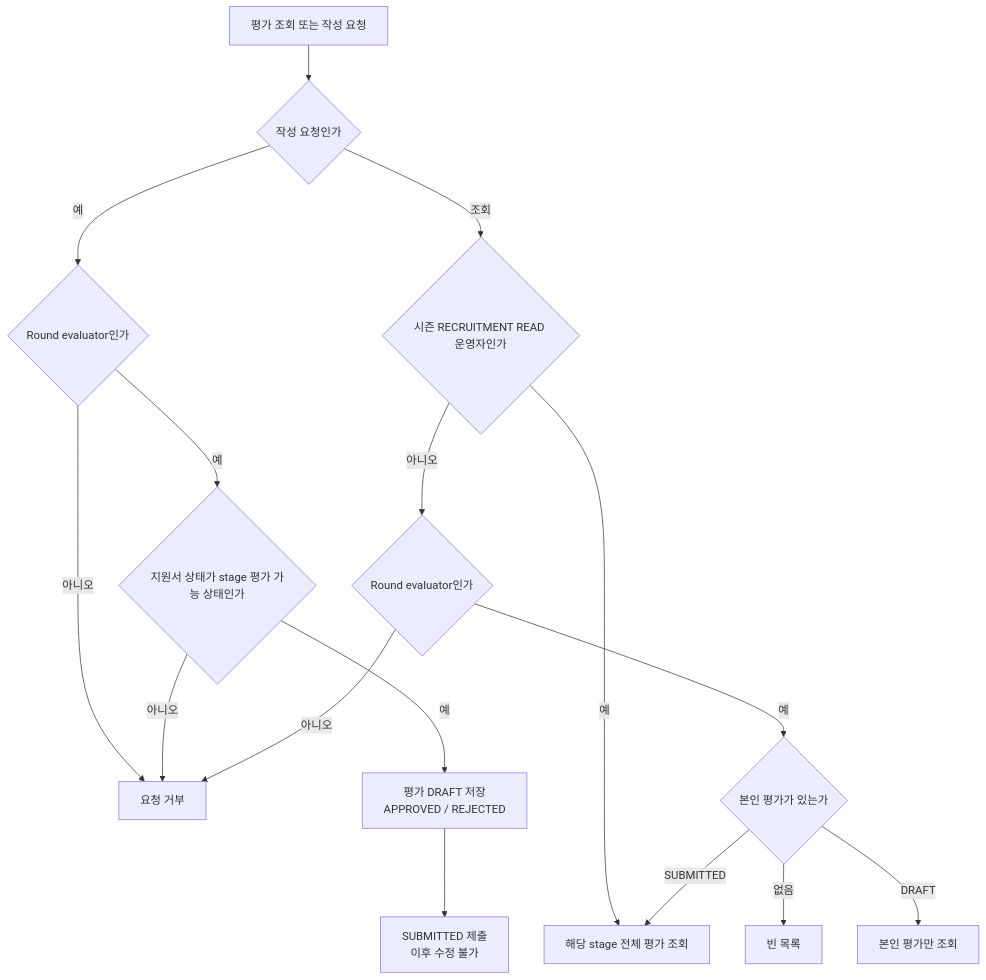
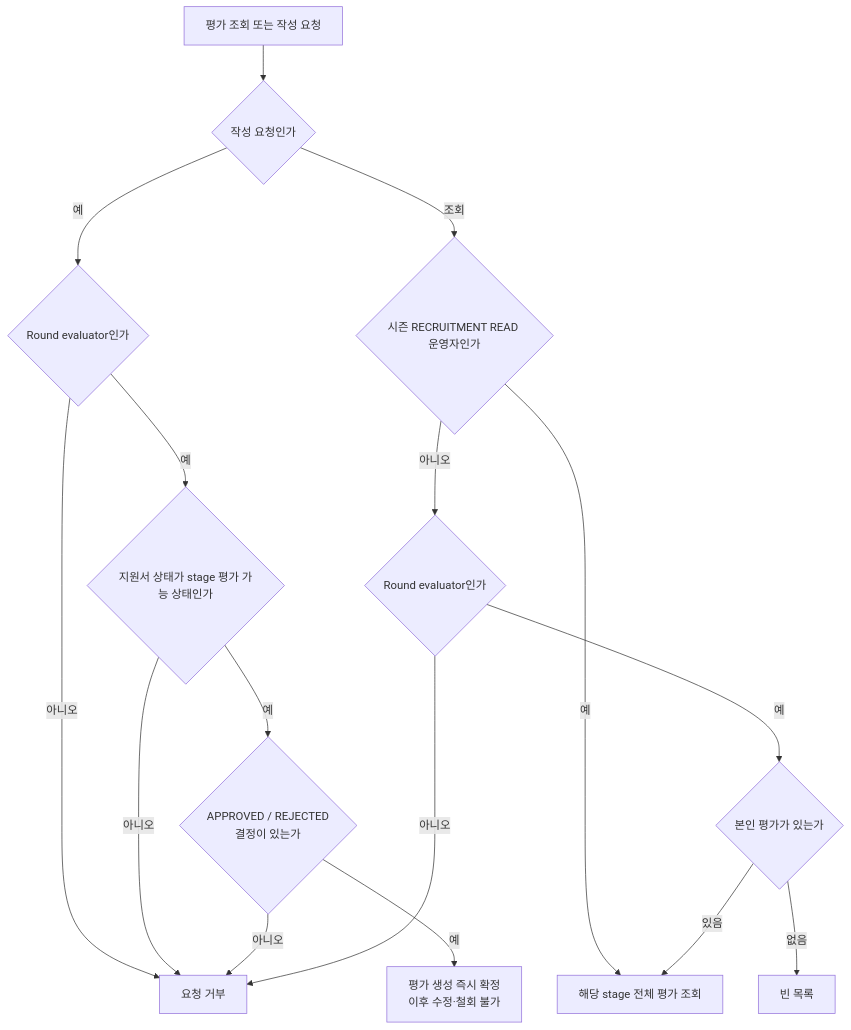
Before and after one commit to UMC-PRODUCT/cygnus-server: the eighth of 12 diagrams in docs/onboarding/domain/recruiting-diagrams.md, drawn with Mermaid. The commit also changed other lines of this file and 80 other files, not shown here.

````diff
--- a/docs/onboarding/domain/recruiting-diagrams.md
+++ b/docs/onboarding/domain/recruiting-diagrams.md
@@ -313,19 +313,19 @@
 ```mermaid
 flowchart TD
     Request["평가 조회 또는 작성 요청"] --> Action{"작성 요청인가"}
     Action -->|"예"| Scope{"Round evaluator인가"}
     Scope -->|"아니오"| Reject["요청 거부"]
     Scope -->|"예"| Stage{"지원서 상태가 stage 평가 가능 상태인가"}
     Stage -->|"아니오"| Reject
-    Stage -->|"예"| Draft["평가 DRAFT 저장<br/>APPROVED / REJECTED"]
-    Draft --> Submit["SUBMITTED 제출<br/>이후 수정 불가"]
+    Stage -->|"예"| Decision{"APPROVED / REJECTED<br/>결정이 있는가"}
+    Decision -->|"아니오"| Reject
+    Decision -->|"예"| Finalize["평가 생성 즉시 확정<br/>이후 수정·철회 불가"]
 
     Action -->|"조회"| Operator{"시즌 RECRUITMENT READ 운영자인가"}
     Operator -->|"예"| All["해당 stage 전체 평가 조회"]
     Operator -->|"아니오"| ReadScope{"Round evaluator인가"}
     ReadScope -->|"아니오"| Reject
     ReadScope -->|"예"| Own{"본인 평가가 있는가"}
     Own -->|"없음"| Empty["빈 목록"]
-    Own -->|"DRAFT"| OwnOnly["본인 평가만 조회"]
-    Own -->|"SUBMITTED"| All
+    Own -->|"있음"| All
 ```
````
